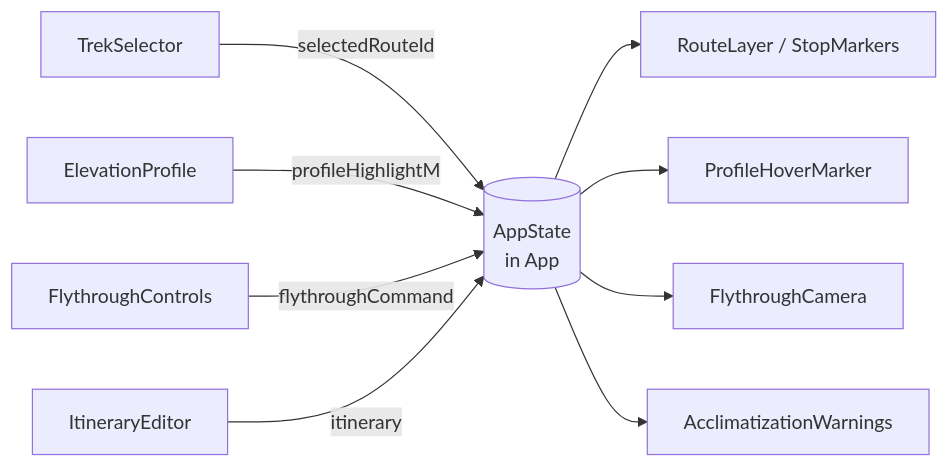
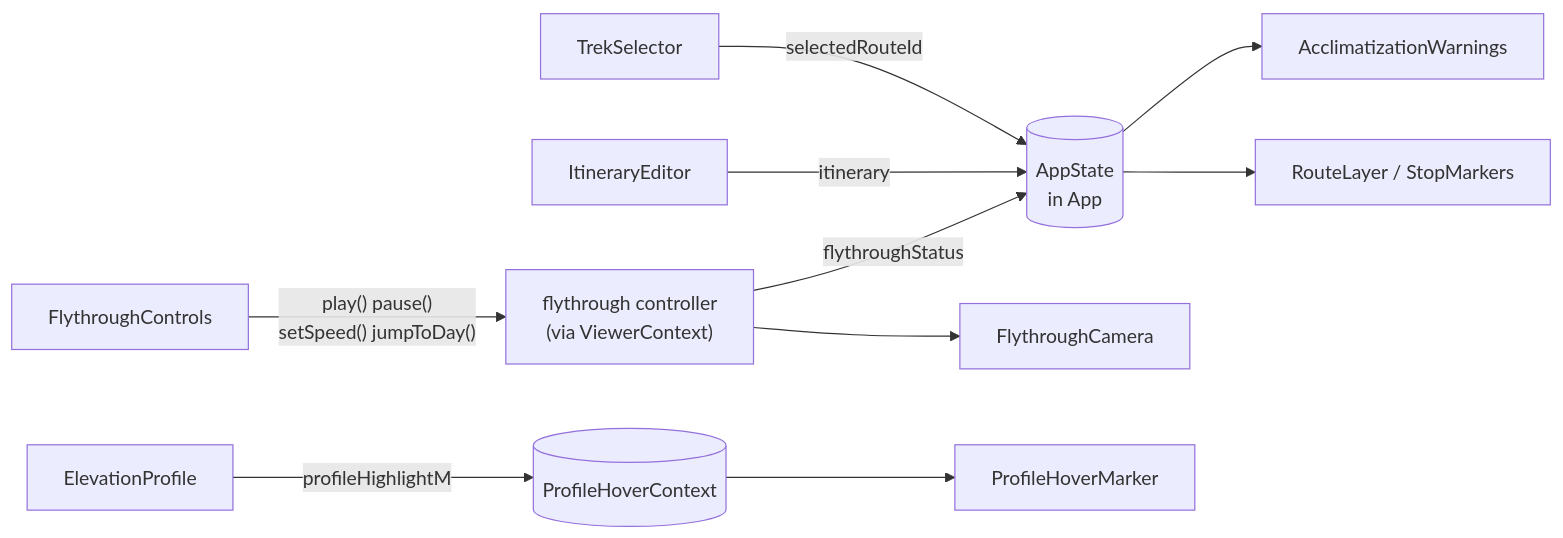
One commit to dipson6525/himalaya-3d changed the second of 2 diagrams in docs/ui-design.md. Above: the diagram before and after it, drawn with Mermaid. The commit also changed other lines of this file and 3 other files, not shown here.

````diff
--- a/docs/ui-design.md
+++ b/docs/ui-design.md
@@ -115,11 +132,12 @@
 ```mermaid
 flowchart LR
   Selector["TrekSelector"] -->|selectedRouteId| State[("AppState<br/>in App")]
-  Chart["ElevationProfile"] -->|profileHighlightM| State
-  Controls["FlythroughControls"] -->|flythroughCommand| State
   Editor["ItineraryEditor"] -->|itinerary| State
   State --> Route["RouteLayer / StopMarkers"]
-  State --> Marker["ProfileHoverMarker"]
-  State --> Cam["FlythroughCamera"]
   State --> Warn["AcclimatizationWarnings"]
+  Chart["ElevationProfile"] -->|profileHighlightM| Hover[("ProfileHoverContext")]
+  Hover --> Marker["ProfileHoverMarker"]
+  Controls["FlythroughControls"] -->|"play() pause()<br/>setSpeed() jumpToDay()"| Ctrl["flythrough controller<br/>(via ViewerContext)"]
+  Ctrl --> Cam["FlythroughCamera"]
+  Ctrl -->|flythroughStatus| State
 ```
````
